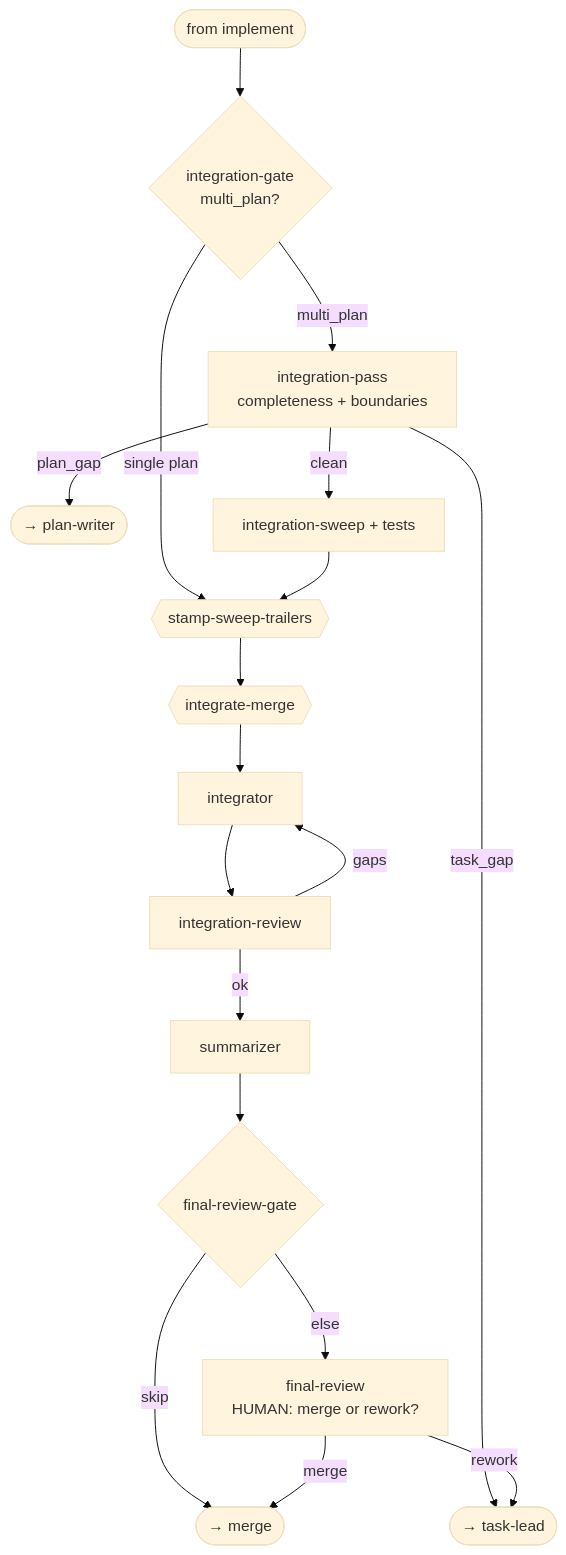
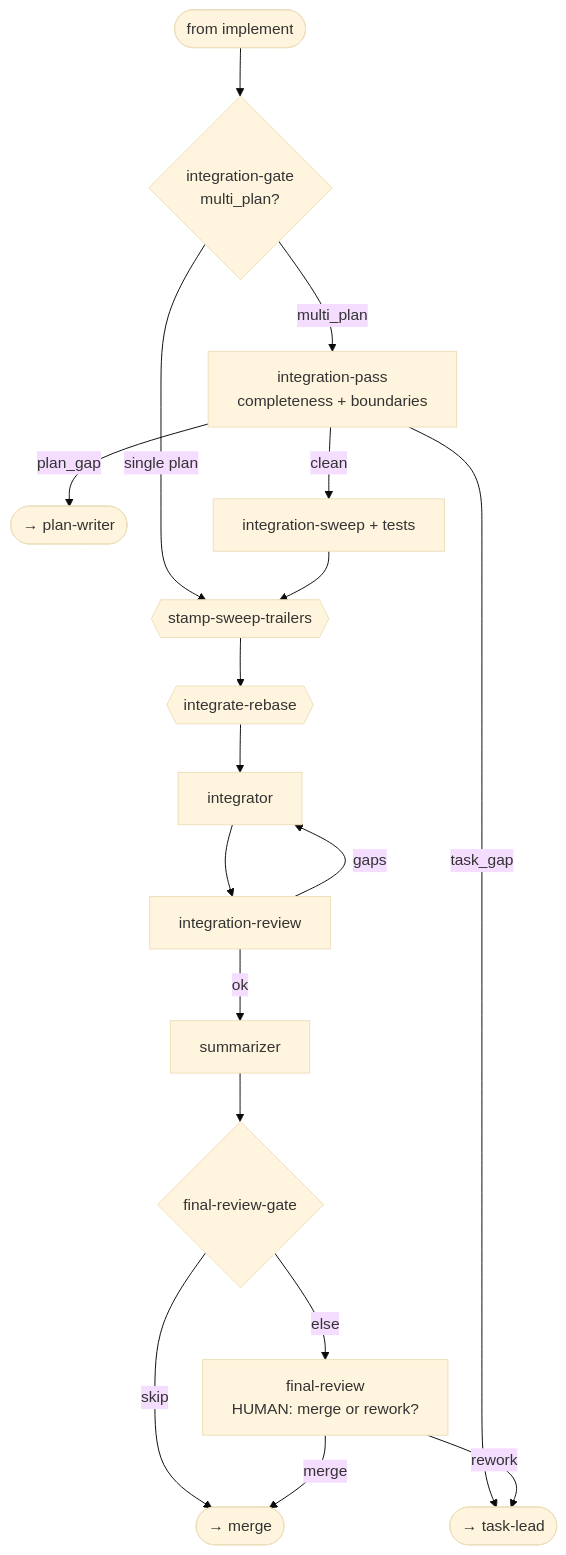
One commit to jpoimboe/imp changed diagram 11 of 12 in docs/architecture.md. Above: the diagram before and after it, drawn with Mermaid (base theme). The commit also changed other lines of this file, not shown here.

Commit message:
docs: rename integrate-merge to integrate-rebase in architecture diagram
Change: 2026-06-14-single-merge-commit-rebase

````diff
--- a/docs/architecture.md
+++ b/docs/architecture.md
@@ -218,20 +218,20 @@
 ```mermaid
 flowchart TD
   in([from implement]) --> IG{"integration-gate<br/>multi_plan?"}
   IG -->|"single plan"| SST{{"stamp-sweep-trailers"}}
   IG -->|multi_plan| IP["integration-pass<br/>completeness + boundaries"]
   IP -->|task_gap| back1([→ task-lead])
   IP -->|plan_gap| back2([→ plan-writer])
   IP -->|clean| ISW["integration-sweep + tests"]
   ISW --> SST
-  SST --> IM{{"integrate-merge"}}
+  SST --> IM{{"integrate-rebase"}}
   IM --> INT["integrator"]
   INT --> IR["integration-review"]
   IR -->|gaps| INT
   IR -->|ok| SUM["summarizer"]
   SUM --> FRG{"final-review-gate"}
   FRG -->|skip| out([→ merge])
   FRG -->|else| FR["final-review<br/>HUMAN: merge or rework?"]
   FR -->|rework| back1
   FR -->|merge| out
 ```
````
